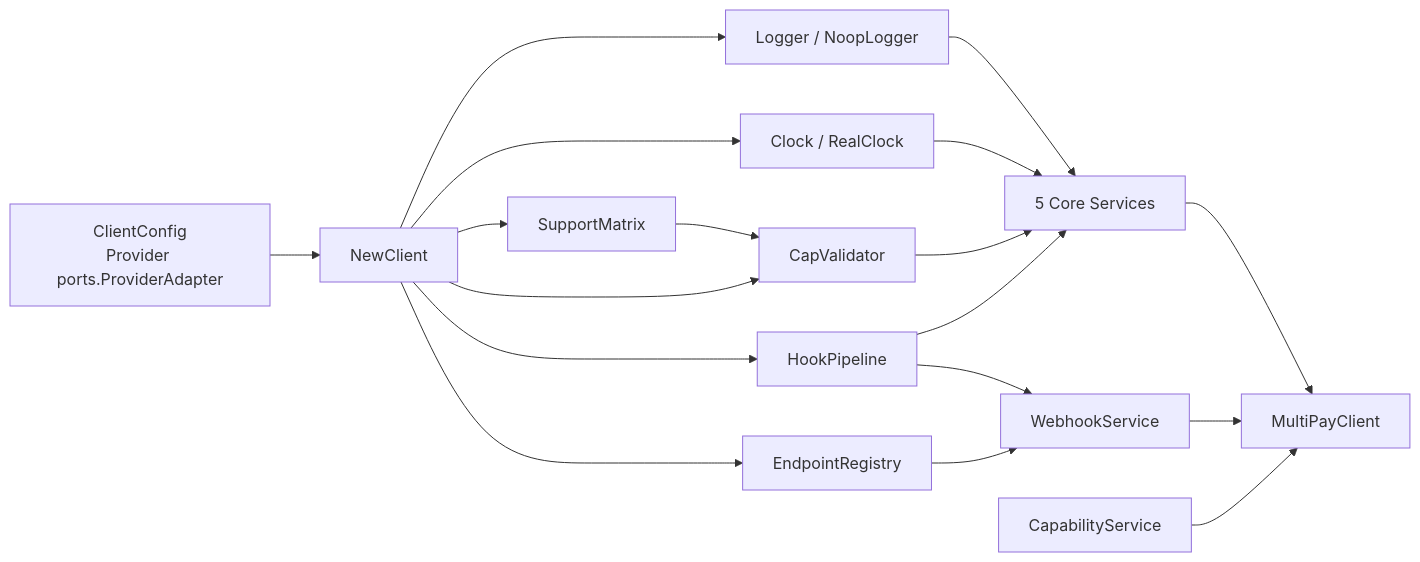
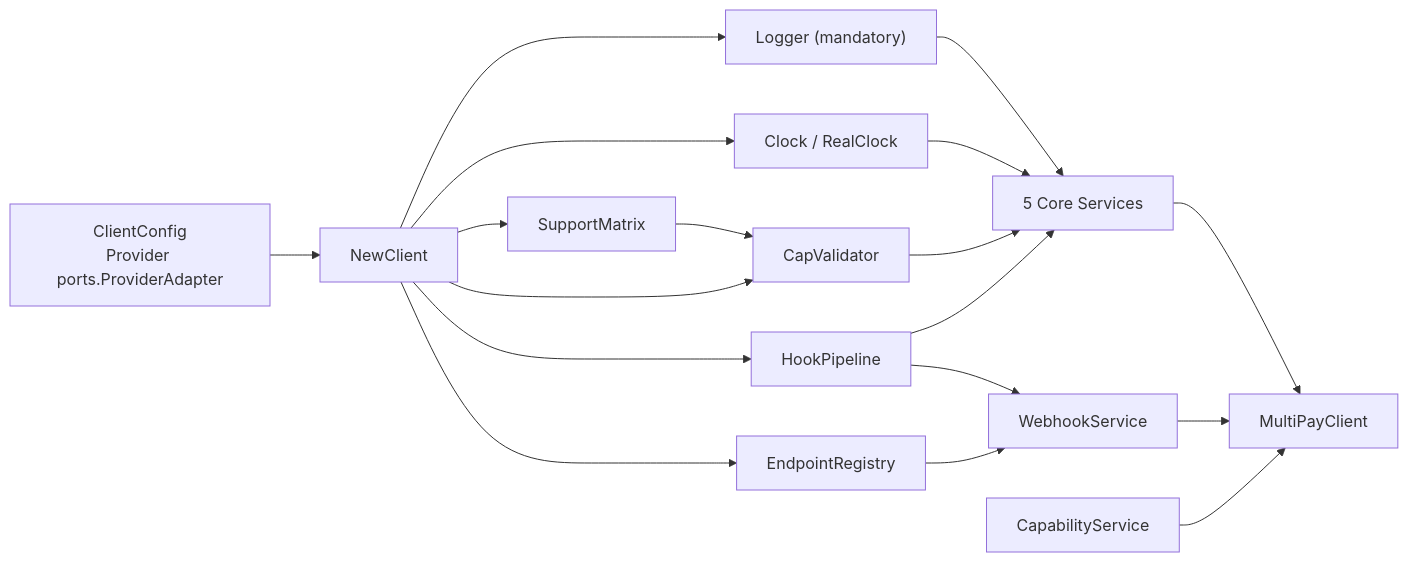
Before and after one commit to Bytonomics/multipay-india: the fifth of 5 diagrams in multipay-go/DESIGN.md, drawn with Mermaid. The commit also changed other lines of this file and 32 other files, not shown here.

````diff
--- a/multipay-go/DESIGN.md
+++ b/multipay-go/DESIGN.md
@@ -625,20 +625,20 @@
 ```mermaid
 flowchart LR
     Config["ClientConfig\nProvider ports.ProviderAdapter"] --> NewClient
-    NewClient --> Logger["Logger / NoopLogger"]
+    NewClient --> Logger["Logger (mandatory)"]
     NewClient --> Clock["Clock / RealClock"]
     NewClient --> SM["SupportMatrix"]
     NewClient --> CV["CapValidator"]
     NewClient --> HP["HookPipeline"]
     NewClient --> ER["EndpointRegistry"]
     SM --> CV
     CV --> Services["5 Core Services"]
     HP --> Services
     Logger --> Services
     Clock --> Services
     HP --> WebhookSvc["WebhookService"]
     ER --> WebhookSvc
     Services --> MPC["MultiPayClient"]
     WebhookSvc --> MPC
     CapSvc["CapabilityService"] --> MPC
 ```
````
